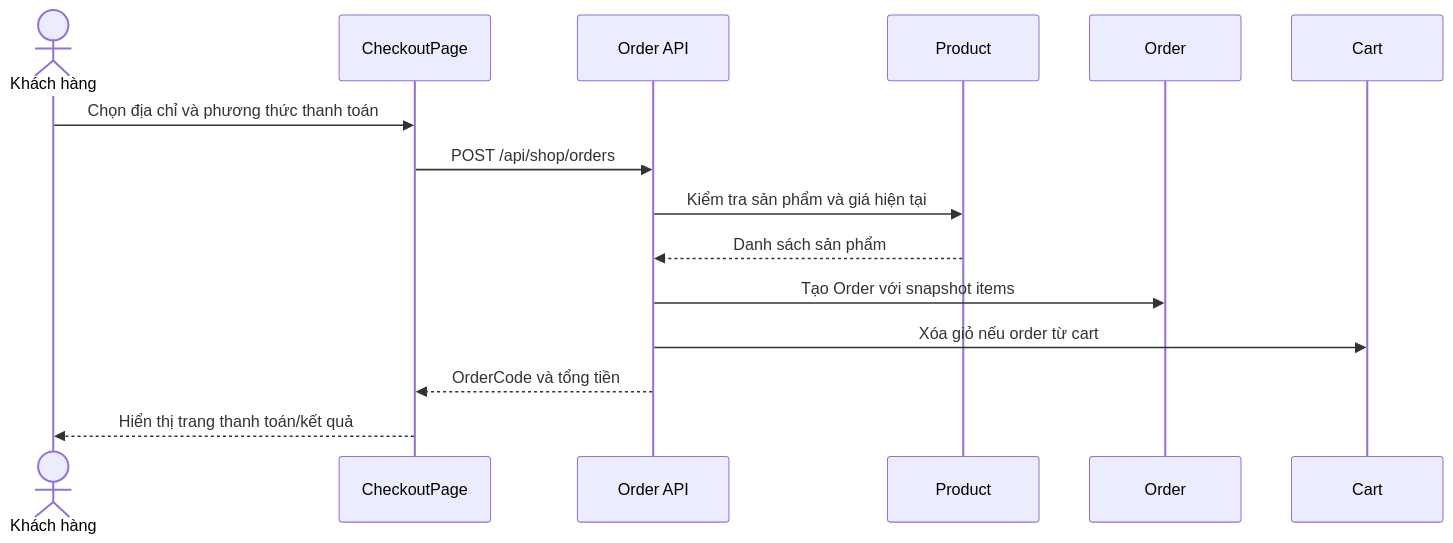
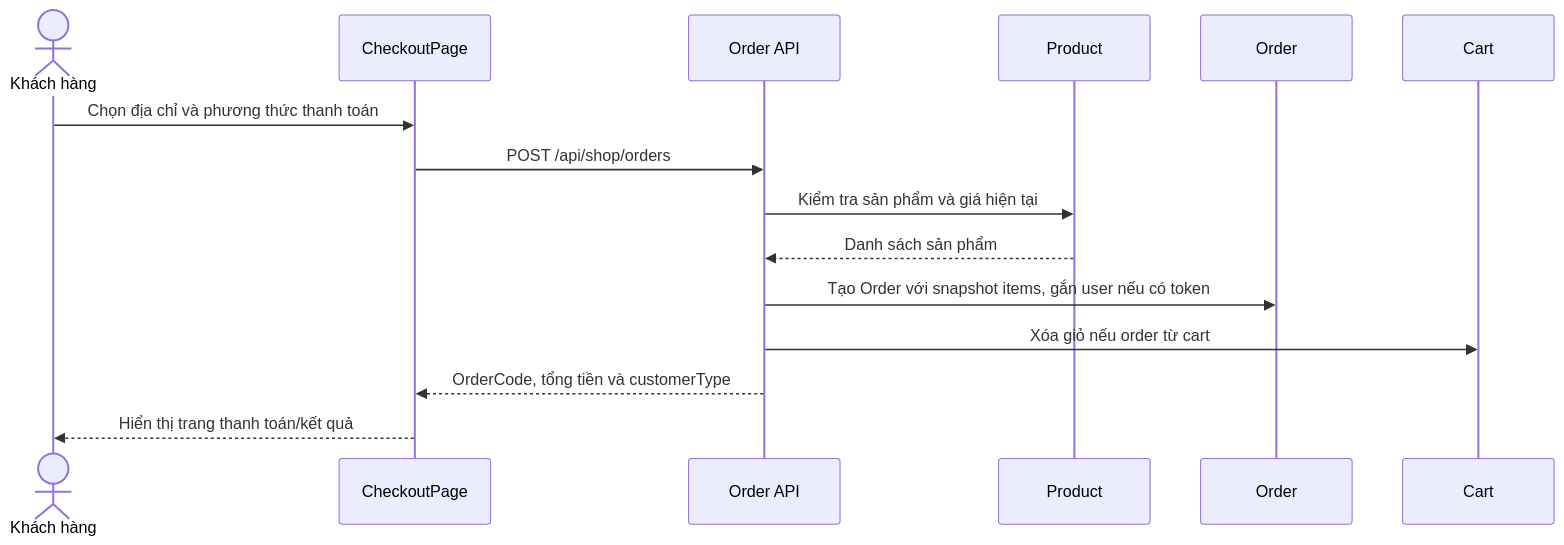
The fifth of 9 diagrams in docs/bao-cao-phan-tich-thiet-ke-he-thong.md (lequyet2001/SomeThing), drawn with Mermaid before and after one commit. The commit also changed other lines of this file and 33 other files, not shown here.

Commit message:
Add SVG diagrams for various workflows including account management, admin dashboard, inventory management, order classification, and password reset

```diff
--- a/docs/bao-cao-phan-tich-thiet-ke-he-thong.md
+++ b/docs/bao-cao-phan-tich-thiet-ke-he-thong.md
@@ -753,18 +762,18 @@
 ~~~mermaid
 sequenceDiagram
   actor Customer as Khách hàng
   participant Checkout as CheckoutPage
   participant API as Order API
   participant ProductDB as Product
   participant OrderDB as Order
   participant CartDB as Cart
 
   Customer->>Checkout: Chọn địa chỉ và phương thức thanh toán
   Checkout->>API: POST /api/shop/orders
   API->>ProductDB: Kiểm tra sản phẩm và giá hiện tại
   ProductDB-->>API: Danh sách sản phẩm
-  API->>OrderDB: Tạo Order với snapshot items
+  API->>OrderDB: Tạo Order với snapshot items, gắn user nếu có token
   API->>CartDB: Xóa giỏ nếu order từ cart
-  API-->>Checkout: OrderCode và tổng tiền
+  API-->>Checkout: OrderCode, tổng tiền và customerType
   Checkout-->>Customer: Hiển thị trang thanh toán/kết quả
 ~~~
```
